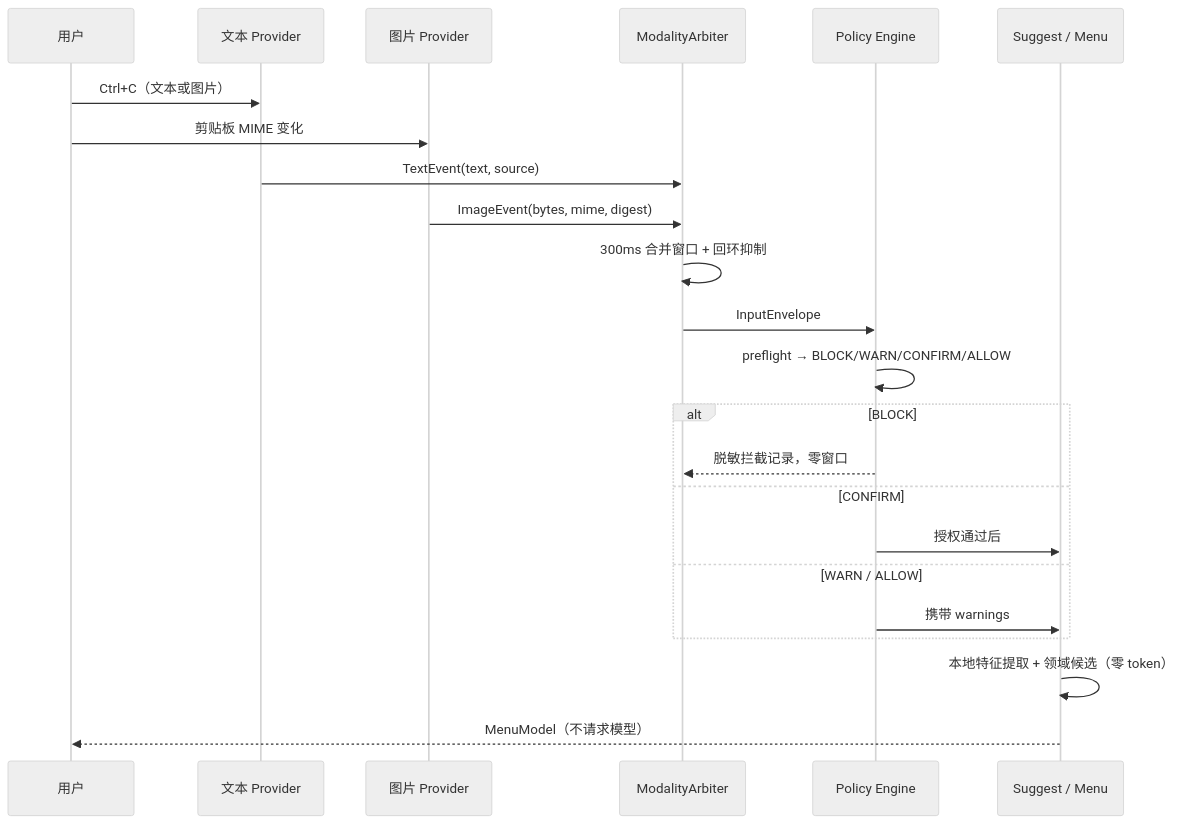
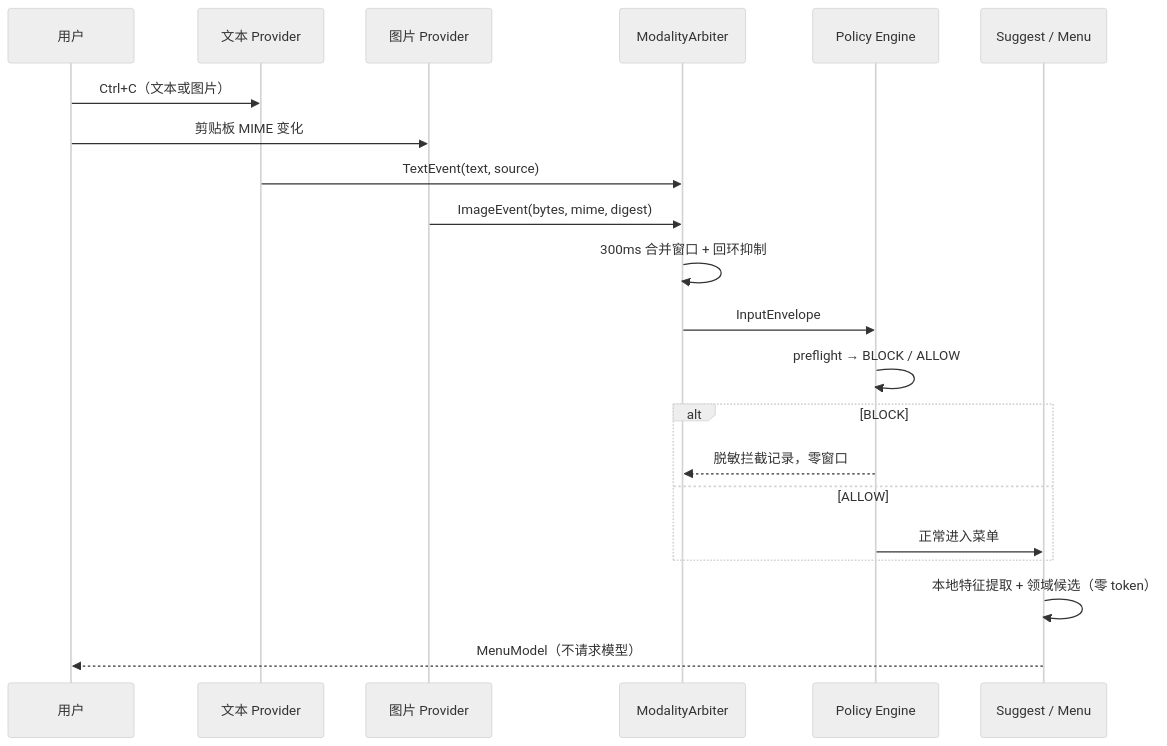
One commit to yzbjxh888/clip-llm changed the diagram in docs/02_INPUT_POLICY_SPEC.md. Above: the diagram before and after it, drawn with Mermaid (neutral theme). The commit also changed other lines of this file and 46 other files, not shown here.

````diff
--- a/docs/02_INPUT_POLICY_SPEC.md
+++ b/docs/02_INPUT_POLICY_SPEC.md
@@ -203,25 +211,23 @@
 ```mermaid
 sequenceDiagram
     participant U as 用户
     participant CF as 文本 Provider
     participant IM as 图片 Provider
     participant AR as ModalityArbiter
     participant PL as Policy Engine
     participant SG as Suggest / Menu
     U->>CF: Ctrl+C（文本或图片）
     U->>IM: 剪贴板 MIME 变化
     CF->>AR: TextEvent(text, source)
     IM->>AR: ImageEvent(bytes, mime, digest)
     AR->>AR: 300ms 合并窗口 + 回环抑制
     AR->>PL: InputEnvelope
-    PL->>PL: preflight → BLOCK/WARN/CONFIRM/ALLOW
+    PL->>PL: preflight → BLOCK / ALLOW
     alt BLOCK
         PL-->>AR: 脱敏拦截记录，零窗口
-    else CONFIRM
-        PL->>SG: 授权通过后
-    else WARN / ALLOW
-        PL->>SG: 携带 warnings
+    else ALLOW
+        PL->>SG: 正常进入菜单
     end
     SG->>SG: 本地特征提取 + 领域候选（零 token）
     SG-->>U: MenuModel（不请求模型）
 ```
````
